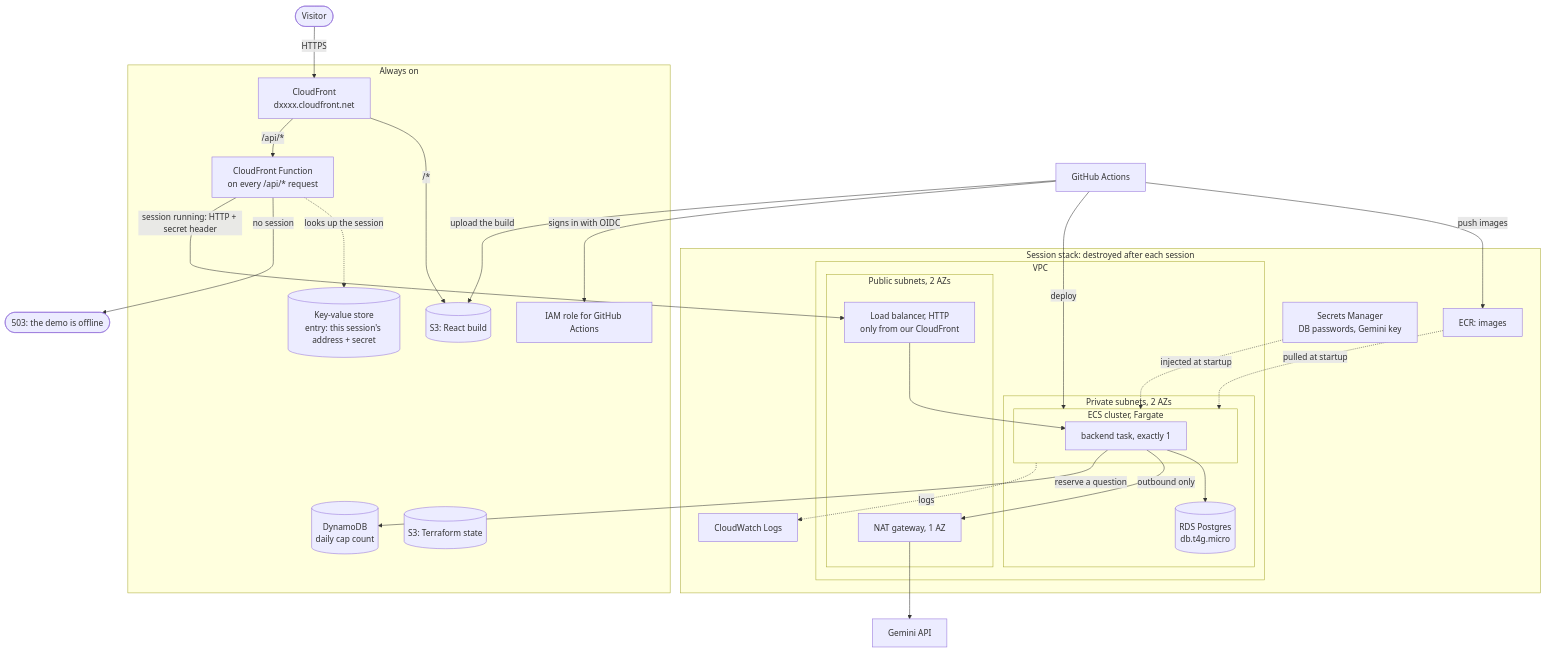
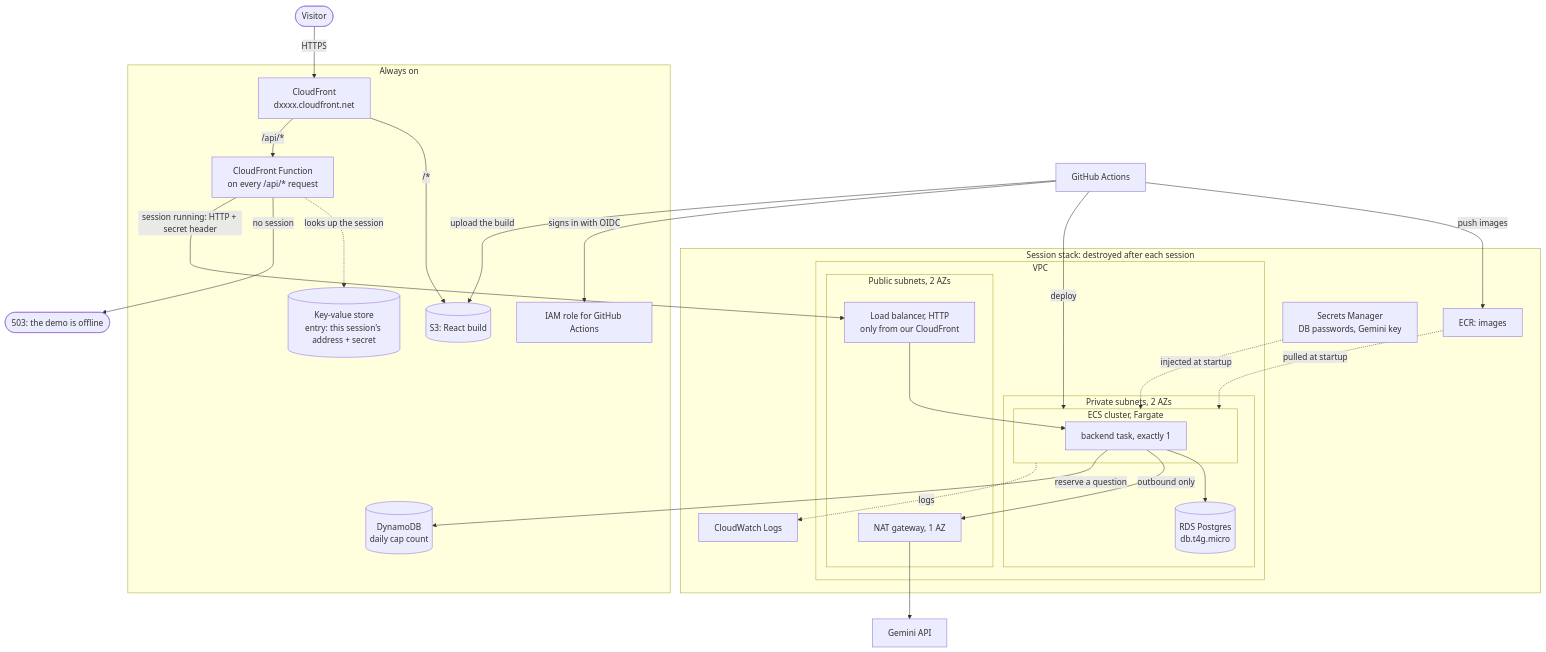
Before and after one commit to vovadyach/dashgen: the sixth of 8 diagrams in docs/design.md, drawn with Mermaid. The commit also changed other lines of this file and 7 other files, not shown here.

````diff
--- a/docs/design.md
+++ b/docs/design.md
@@ -278,53 +278,52 @@
 ```mermaid
 flowchart TB
     visitor(["Visitor"])
     gha["GitHub Actions"]
     gemini["Gemini API"]
     offline(["503: the demo is offline"])
 
     subgraph base ["Always on"]
         cf["CloudFront<br/>dxxxx.cloudfront.net"]
         fn["CloudFront Function<br/>on every /api/* request"]
         kvs[("Key-value store<br/>entry: this session's address + secret")]
         ddb[("DynamoDB<br/>daily cap count")]
         site[("S3: React build")]
-        tfstate[("S3: Terraform state")]
         role["IAM role for GitHub Actions"]
     end
 
     subgraph appstack ["Session stack: destroyed after each session"]
         ecr["ECR: images"]
         secrets["Secrets Manager<br/>DB passwords, Gemini key"]
         logs["CloudWatch Logs"]
         subgraph vpc ["VPC"]
             subgraph pub ["Public subnets, 2 AZs"]
                 alb["Load balancer, HTTP<br/>only from our CloudFront"]
                 nat["NAT gateway, 1 AZ"]
             end
             subgraph priv ["Private subnets, 2 AZs"]
                 subgraph ecs ["ECS cluster, Fargate"]
                     be["backend task, exactly 1"]
                 end
                 rds[("RDS Postgres<br/>db.t4g.micro")]
             end
         end
     end
 
     visitor -->|"HTTPS"| cf
     cf -->|"/*"| site
     cf -->|"/api/*"| fn
     fn -.->|"looks up the session"| kvs
     fn -->|"no session"| offline
     fn -->|"session running: HTTP + secret header"| alb
     alb --> be
     be --> rds
     be -->|"outbound only"| nat --> gemini
     be -->|"reserve a question"| ddb
     secrets -.->|"injected at startup"| ecs
     ecr -.->|"pulled at startup"| ecs
     ecs -.->|"logs"| logs
     gha -->|"signs in with OIDC"| role
     gha -->|"push images"| ecr
     gha -->|"deploy"| ecs
     gha -->|"upload the build"| site
 ```
````
